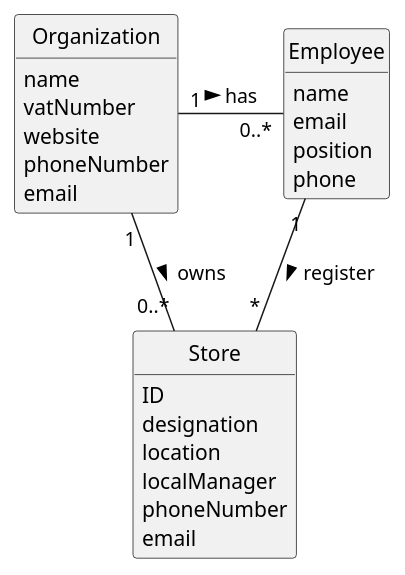
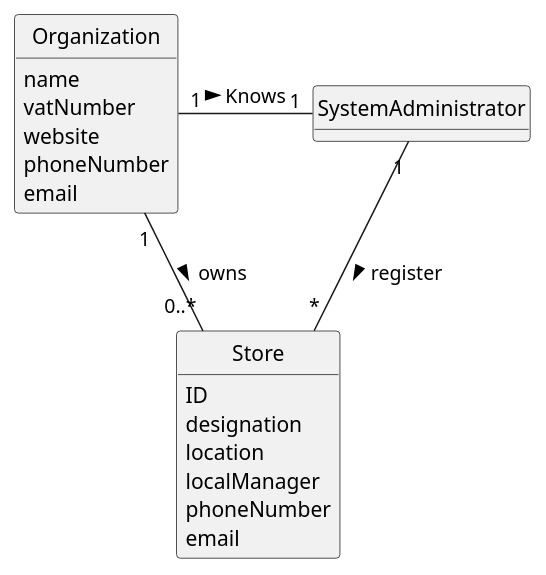
Before and after one commit to rita-barbosa/LAPR2-2223: the diagram in docs/sprintA/us005/02.analysis/puml/us005-domain-model.puml, drawn with PlantUML. The commit also changed 3 other files, not shown here.

Commit message:
domain model and system sequence update

```diff
--- a/docs/sprintA/us005/02.analysis/puml/us005-domain-model.puml
+++ b/docs/sprintA/us005/02.analysis/puml/us005-domain-model.puml
@@ -1,44 +1,41 @@
 @startuml
 skinparam monochrome true
 skinparam packageStyle rectangle
 skinparam shadowing false
 
 'left to right direction
 
 skinparam classAttributeIconSize 0
 
 hide circle
 hide methods
 
 
 class Organization {
     name
     vatNumber
     website
     phoneNumber
     email
 }
 
 class Store {
     ID
     designation
     location
     localManager
     phoneNumber
     email
 
 }
 
-class Employee {
-    name
-    email
-    position
-    phone
+class SystemAdministrator {
+
 }
 
 
-Organization "1" - "0..*" Employee : has >
+Organization "1" - "1" SystemAdministrator : Knows >
 Organization "1" - "0..*" Store: owns >
-Employee "1" -- "*" Store : register >
+SystemAdministrator "1" -- "*" Store : register >
 
 @enduml
```
